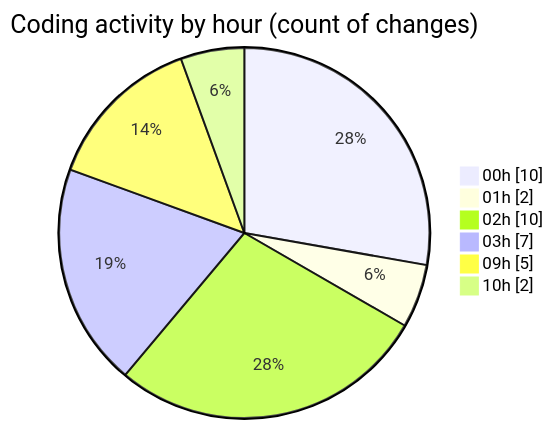
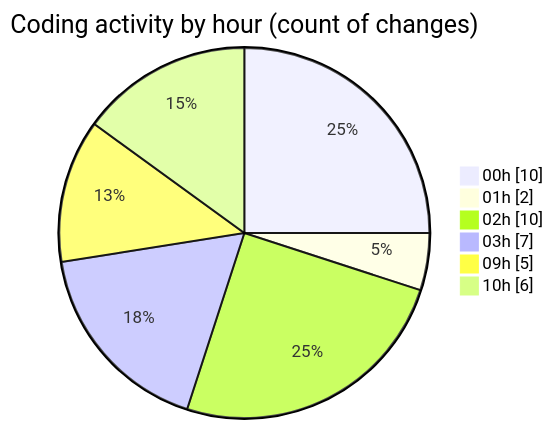
The second of 2 diagrams in 2025-10-30/cdp_aleoudev_fr__workspace_/README.md (julien-gomy/code-tracking), drawn with Mermaid before and after one commit. The commit also changed other lines of this file and 1 other file, not shown here.

````diff
--- a/2025-10-30/cdp_aleoudev_fr__workspace_/README.md
+++ b/2025-10-30/cdp_aleoudev_fr__workspace_/README.md
@@ -37,10 +38,10 @@
 ```mermaid
 pie showData
 title Coding activity by hour (count of changes)
 "00h" : 10
 "01h" : 2
 "02h" : 10
 "03h" : 7
 "09h" : 5
-"10h" : 2
+"10h" : 6
 ```
````
